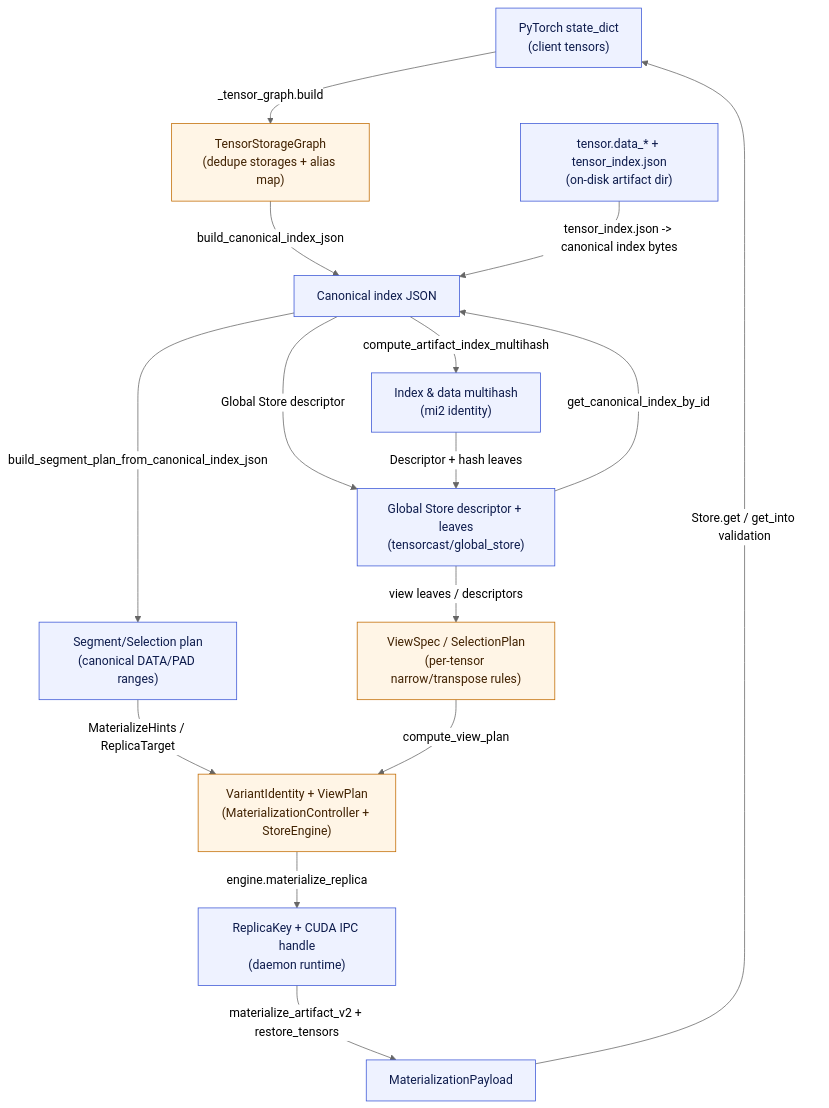
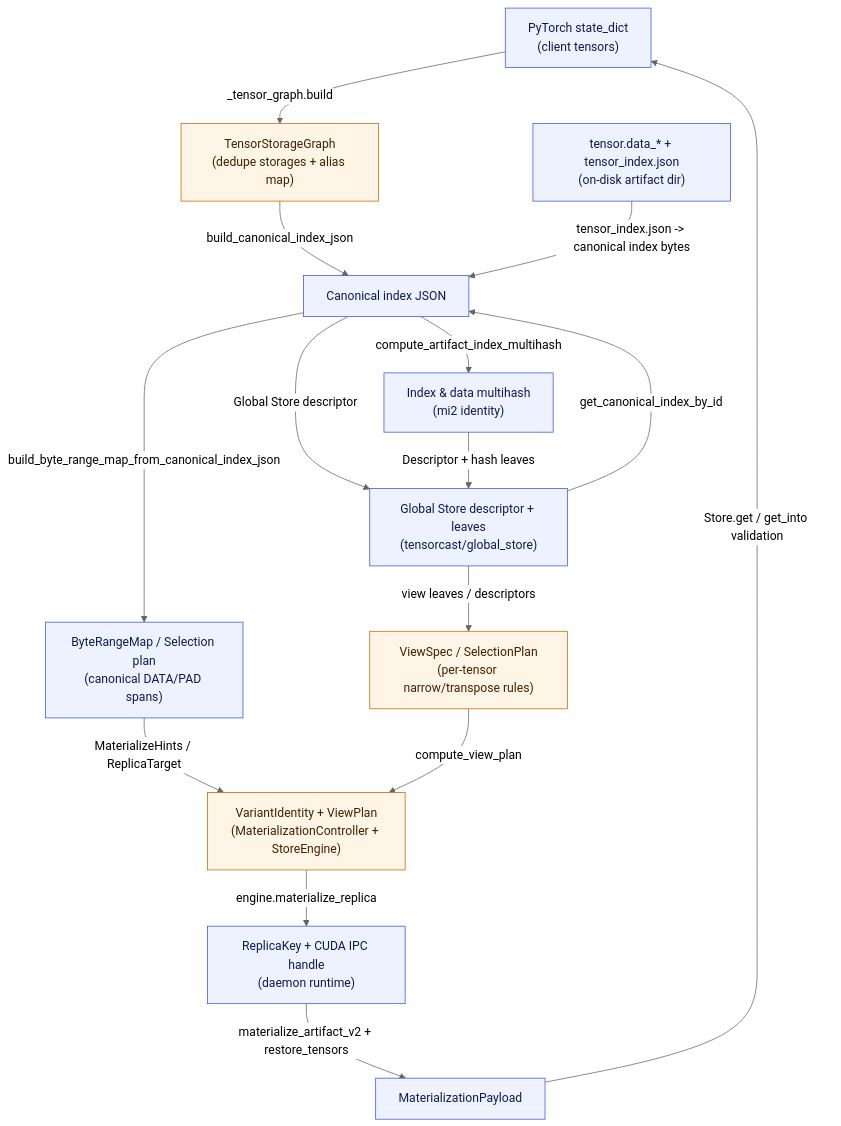
One commit to tensorcast-ai/tensorcast changed the second of 3 diagrams in docs/internals/tensor-first-artifact-architecture.md. Above: the diagram before and after it, drawn with Mermaid (neutral theme). The commit also changed other lines of this file and 84 other files, not shown here.

Commit message:
refactor(core): add unified byte range mapping

````diff
--- a/docs/internals/tensor-first-artifact-architecture.md
+++ b/docs/internals/tensor-first-artifact-architecture.md
@@ -144,32 +144,32 @@
 ```mermaid
 flowchart TB
     classDef data fill:#EEF2FF,stroke:#3C57D6,stroke-width:1px,color:#0D1B4C;
     classDef process fill:#FFF5E6,stroke:#C26B00,stroke-width:1px,color:#402100;
 
     SD["PyTorch state_dict<br>(client tensors)"]:::data
     TSG["TensorStorageGraph<br/>(dedupe storages + alias map)"]:::process
     CI["Canonical index JSON"]:::data
     IDXH["Index & data multihash<br>(mi2 identity)"]:::data
-    SP["Segment/Selection plan<br/>(canonical DATA/PAD ranges)"]:::data
+    BRM["ByteRangeMap / Selection plan<br/>(canonical DATA/PAD spans)"]:::data
     VH["VariantIdentity + ViewPlan<br>(MaterializationController + StoreEngine)"]:::process
     RK["ReplicaKey + CUDA IPC handle<br>(daemon runtime)"]:::data
     MP["MaterializationPayload"]:::data
     GSDesc["Global Store descriptor + leaves<br>(tensorcast/global_store)"]:::data
     DISK["tensor.data_* + tensor_index.json<br>(on-disk artifact dir)"]:::data
     VIEW["ViewSpec / SelectionPlan<br/>(per-tensor narrow/transpose rules)"]:::process
 
     SD -->|"_tensor_graph.build"| TSG
     TSG -->|"build_canonical_index_json"| CI
     CI -->|"compute_artifact_index_multihash"| IDXH
-    CI -->|"build_segment_plan_from_canonical_index_json"| SP
+    CI -->|"build_byte_range_map_from_canonical_index_json"| BRM
     CI -->|"Global Store descriptor"| GSDesc
     IDXH -->|"Descriptor + hash leaves"| GSDesc
     GSDesc -->|"get_canonical_index_by_id"| CI
     GSDesc -->|"view leaves / descriptors"| VIEW
-    SP -->|"MaterializeHints / ReplicaTarget"| VH
+    BRM -->|"MaterializeHints / ReplicaTarget"| VH
     VIEW -->|"compute_view_plan"| VH
     VH -->|"engine.materialize_replica"| RK
     DISK -->|"tensor_index.json -> canonical index bytes"| CI
     RK -->|"materialize_artifact_v2 + restore_tensors"| MP
     MP -->|"Store.get / get_into validation"| SD
 ```
````
